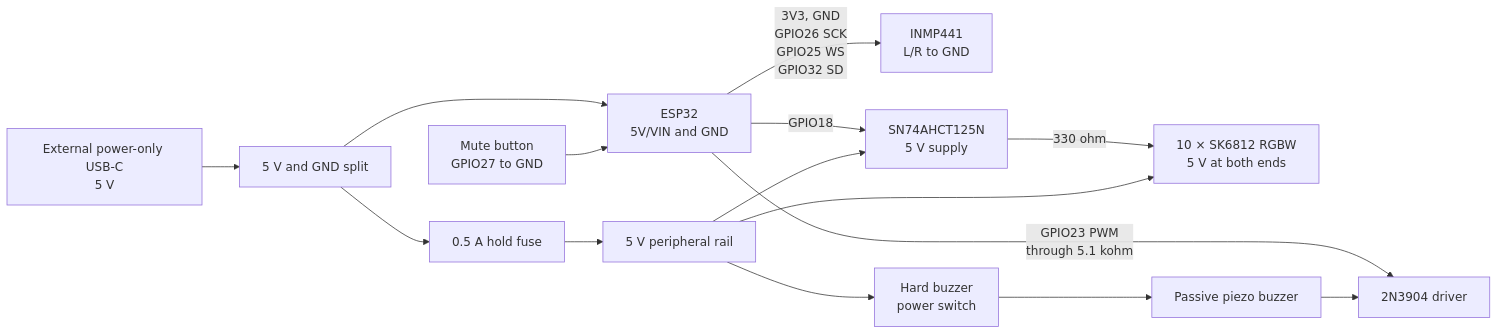
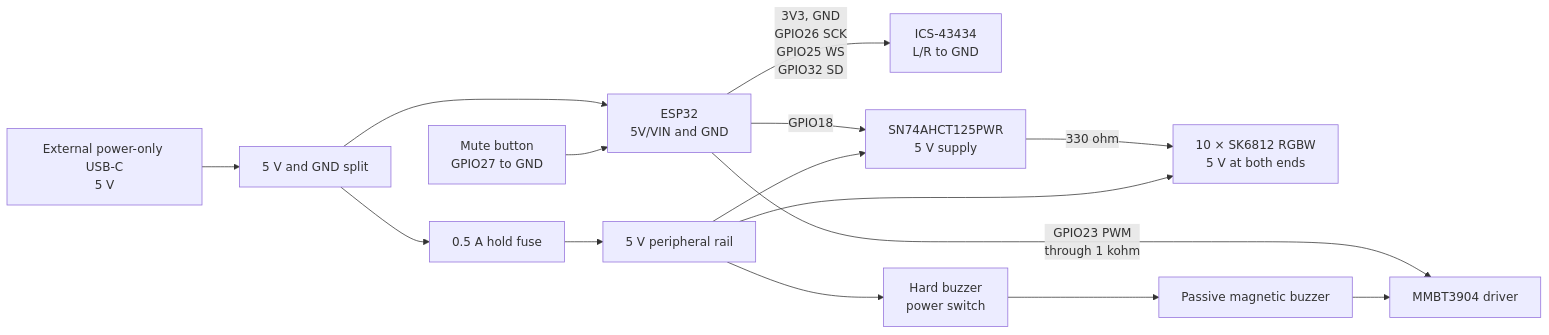
The diagram in README.md (tubededentifrice/espnoise), drawn with Mermaid before and after one commit. The commit also changed other lines of this file and 29 other files, not shown here.

````diff
--- a/README.md
+++ b/README.md
@@ -74,20 +74,20 @@
 ```mermaid
 flowchart LR
   USB["External power-only USB-C<br>5 V"] --> SPLIT["5 V and GND split"]
   SPLIT --> ESP["ESP32<br>5V/VIN and GND"]
   SPLIT --> FUSE["0.5 A hold fuse"]
   FUSE --> RAIL["5 V peripheral rail"]
 
-  ESP -->|"3V3, GND<br>GPIO26 SCK<br>GPIO25 WS<br>GPIO32 SD"| MIC["INMP441<br>L/R to GND"]
-  ESP -->|"GPIO18"| AHCT["SN74AHCT125N<br>5 V supply"]
+  ESP -->|"3V3, GND<br>GPIO26 SCK<br>GPIO25 WS<br>GPIO32 SD"| MIC["ICS-43434<br>L/R to GND"]
+  ESP -->|"GPIO18"| AHCT["SN74AHCT125PWR<br>5 V supply"]
   AHCT -->|"330 ohm"| LED["10 × SK6812 RGBW<br>5 V at both ends"]
   RAIL --> AHCT
   RAIL --> LED
 
-  ESP -->|"GPIO23 PWM<br>through 5.1 kohm"| Q1["2N3904 driver"]
+  ESP -->|"GPIO23 PWM<br>through 1 kohm"| Q1["MMBT3904 driver"]
   RAIL --> SW["Hard buzzer<br>power switch"]
-  SW --> BUZ["Passive piezo buzzer"]
+  SW --> BUZ["Passive magnetic buzzer"]
   BUZ --> Q1
 
   BTN["Mute button<br>GPIO27 to GND"] --> ESP
 ```
````
